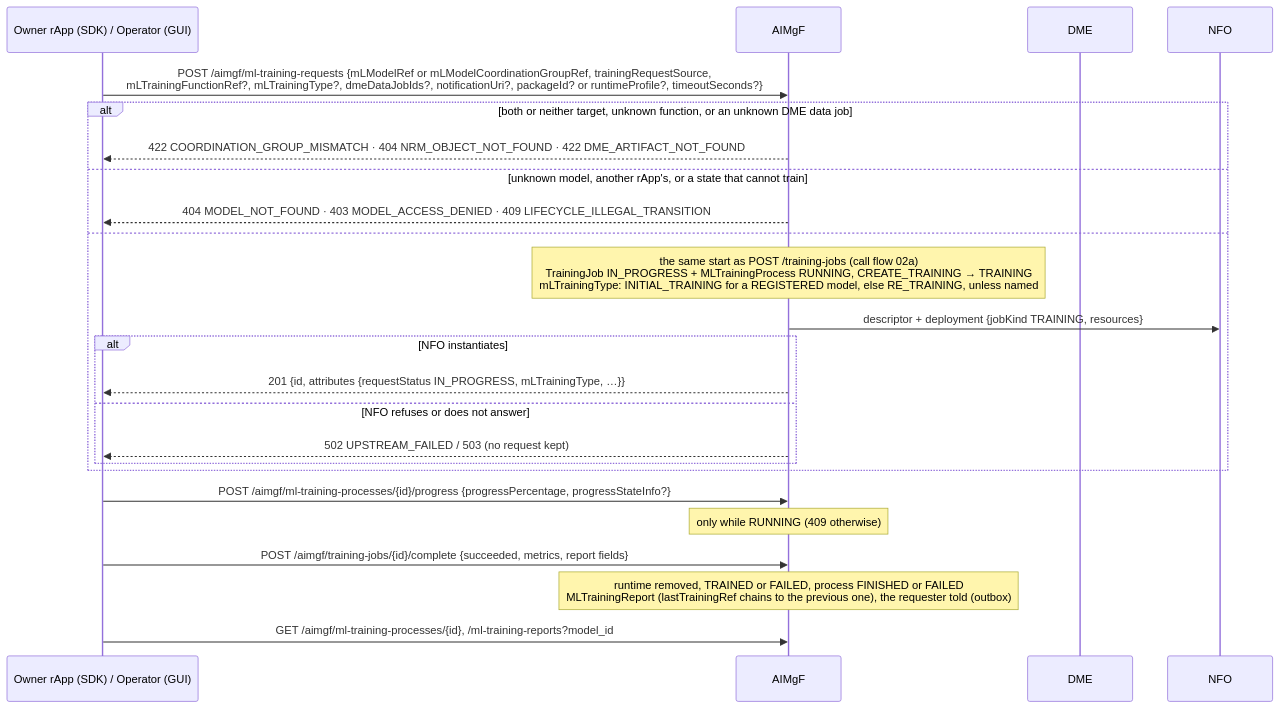
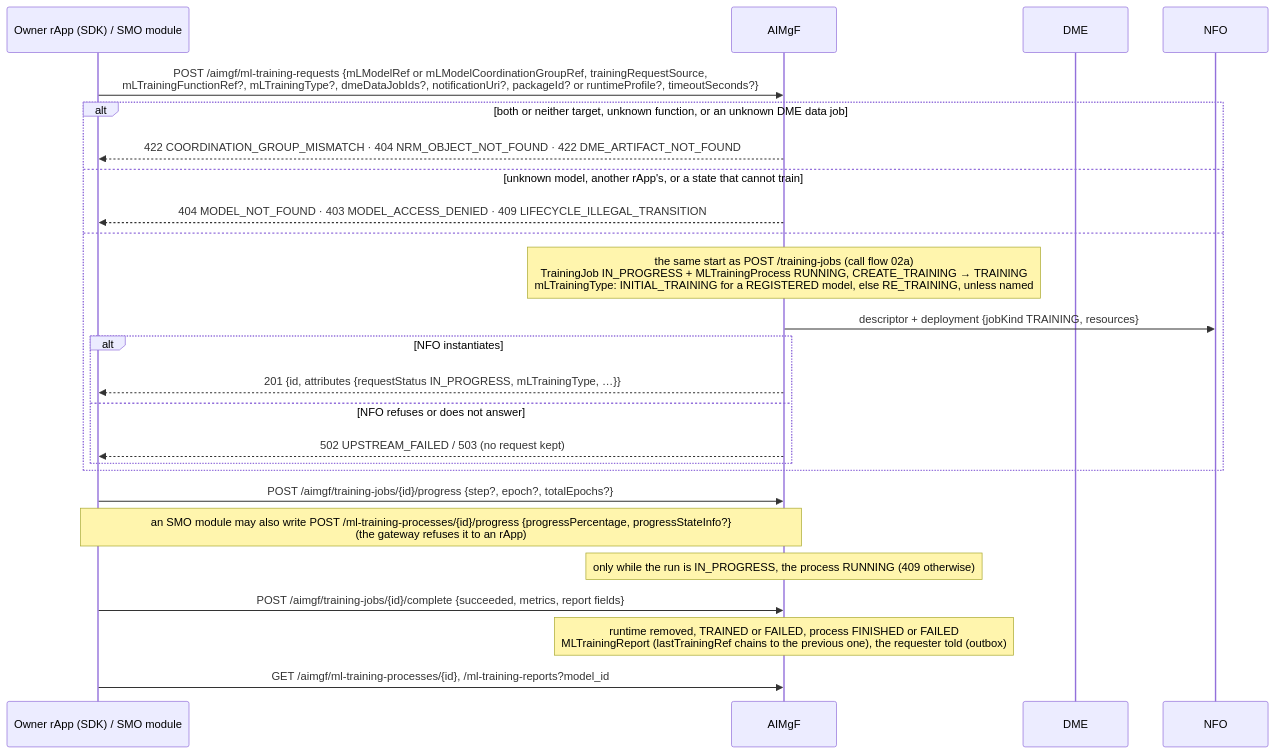
One commit to rsys-bshankar/ai-ran-smo changed the first of 5 diagrams in smo/docs/call-flows/27-ts28105-provisioning-resources.md. Above: the diagram before and after it, drawn with Mermaid. The commit also changed other lines of this file and 19 other files, not shown here.

````diff
--- a/smo/docs/call-flows/27-ts28105-provisioning-resources.md
+++ b/smo/docs/call-flows/27-ts28105-provisioning-resources.md
@@ -42,28 +45,29 @@
 ```mermaid
 sequenceDiagram
-    participant R as Owner rApp (SDK) / Operator (GUI)
+    participant R as Owner rApp (SDK) / SMO module
     participant AIM as AIMgF
     participant DME as DME
     participant NFO as NFO
 
     R->>AIM: POST /aimgf/ml-training-requests {mLModelRef or mLModelCoordinationGroupRef, trainingRequestSource,<br/>mLTrainingFunctionRef?, mLTrainingType?, dmeDataJobIds?, notificationUri?, packageId? or runtimeProfile?, timeoutSeconds?}
     alt both or neither target, unknown function, or an unknown DME data job
         AIM-->>R: 422 COORDINATION_GROUP_MISMATCH · 404 NRM_OBJECT_NOT_FOUND · 422 DME_ARTIFACT_NOT_FOUND
     else unknown model, another rApp's, or a state that cannot train
         AIM-->>R: 404 MODEL_NOT_FOUND · 403 MODEL_ACCESS_DENIED · 409 LIFECYCLE_ILLEGAL_TRANSITION
     else
         Note over AIM: the same start as POST /training-jobs (call flow 02a)<br/>TrainingJob IN_PROGRESS + MLTrainingProcess RUNNING, CREATE_TRAINING → TRAINING<br/>mLTrainingType: INITIAL_TRAINING for a REGISTERED model, else RE_TRAINING, unless named
         AIM->>NFO: descriptor + deployment {jobKind TRAINING, resources}
         alt NFO instantiates
             AIM-->>R: 201 {id, attributes {requestStatus IN_PROGRESS, mLTrainingType, …}}
         else NFO refuses or does not answer
             AIM-->>R: 502 UPSTREAM_FAILED / 503 (no request kept)
         end
     end
 
-    R->>AIM: POST /aimgf/ml-training-processes/{id}/progress {progressPercentage, progressStateInfo?}
-    Note over AIM: only while RUNNING (409 otherwise)
+    R->>AIM: POST /aimgf/training-jobs/{id}/progress {step?, epoch?, totalEpochs?}
+    Note over R,AIM: an SMO module may also write POST /ml-training-processes/{id}/progress {progressPercentage, progressStateInfo?}<br/>(the gateway refuses it to an rApp)
+    Note over AIM: only while the run is IN_PROGRESS, the process RUNNING (409 otherwise)
     R->>AIM: POST /aimgf/training-jobs/{id}/complete {succeeded, metrics, report fields}
     Note over AIM: runtime removed, TRAINED or FAILED, process FINISHED or FAILED<br/>MLTrainingReport (lastTrainingRef chains to the previous one), the requester told (outbox)
     R->>AIM: GET /aimgf/ml-training-processes/{id}, /ml-training-reports?model_id
 ```
````
